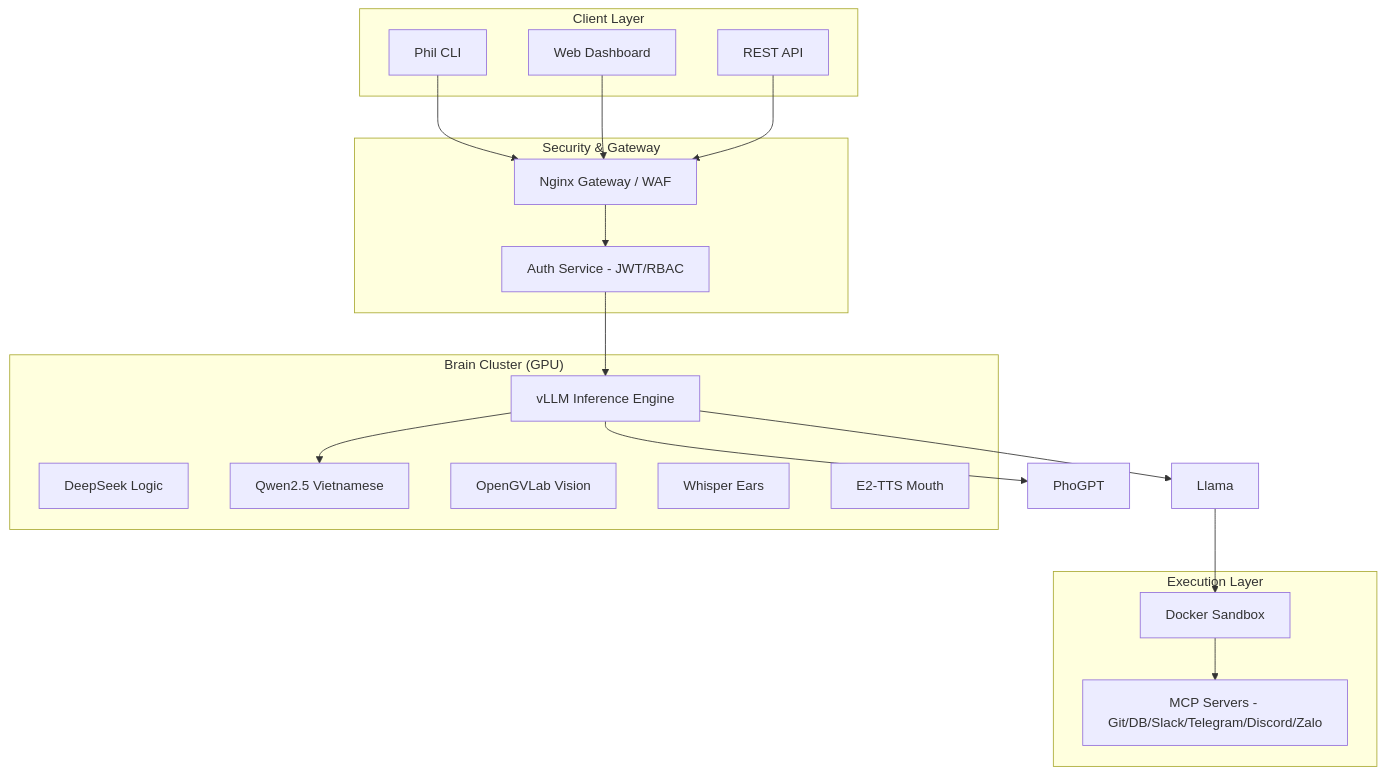
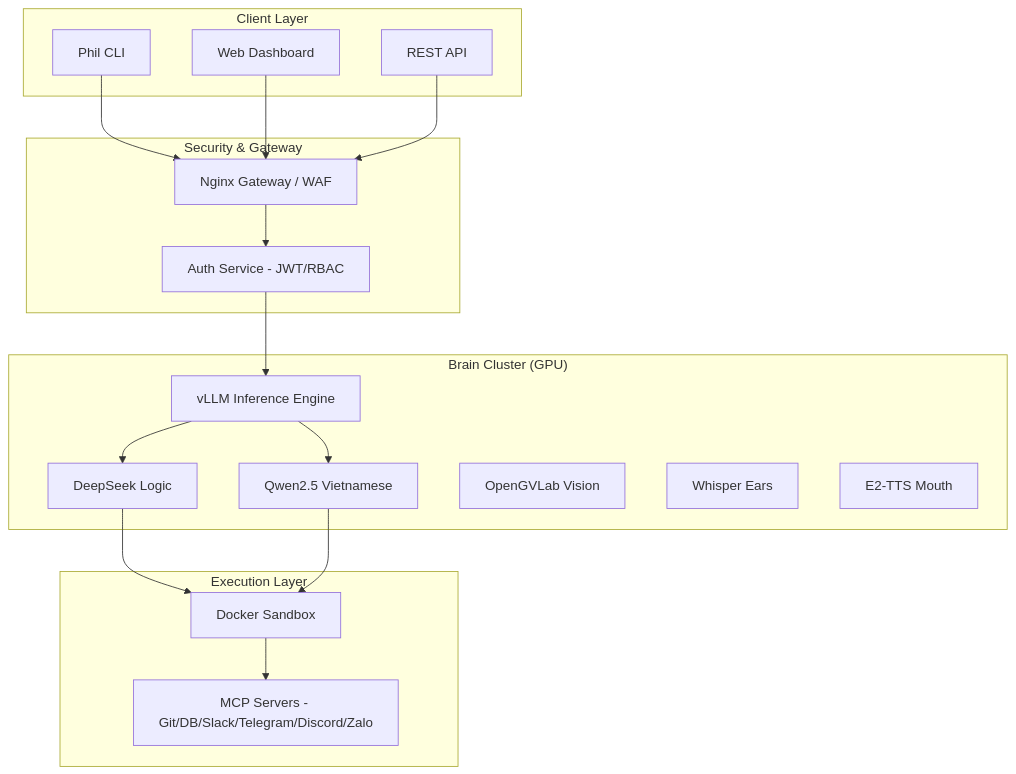
The diagram in phil-cli/package/README.md (hoang0650/phil-cli), drawn with Mermaid before and after one commit. The commit also changed other lines of this file and 36 other files, not shown here.

````diff
--- a/phil-cli/package/README.md
+++ b/phil-cli/package/README.md
@@ -27,34 +27,35 @@
 ```mermaid
 graph TD
     subgraph "Client Layer"
         CLI[Phil CLI]
         Web[Web Dashboard]
         API[REST API]
     end
 
     subgraph "Security & Gateway"
         Nginx[Nginx Gateway / WAF]
         Auth[Auth Service - JWT/RBAC]
     end
 
     subgraph "Brain Cluster (GPU)"
         vLLM[vLLM Inference Engine]
         DeepSeek[DeepSeek Logic]
         Qwen[Qwen2.5 Vietnamese]
         OpenGVLab[OpenGVLab Vision]
         OpenAI[Whisper Ears]
         F5-TTS[E2-TTS Mouth]
     end
 
     subgraph "Execution Layer"
         Sandbox[Docker Sandbox]
         MCP[MCP Servers - Git/DB/Slack/Telegram/Discord/Zalo]
     end
 
     CLI & Web & API --> Nginx
     Nginx --> Auth
     Auth --> vLLM
-    vLLM --> Llama & PhoGPT & Qwen
-    Llama --> Sandbox
+    vLLM --> DeepSeek & Qwen
+    DeepSeek --> Sandbox
+    Qwen --> Sandbox    
     Sandbox --> MCP
 ```
````
